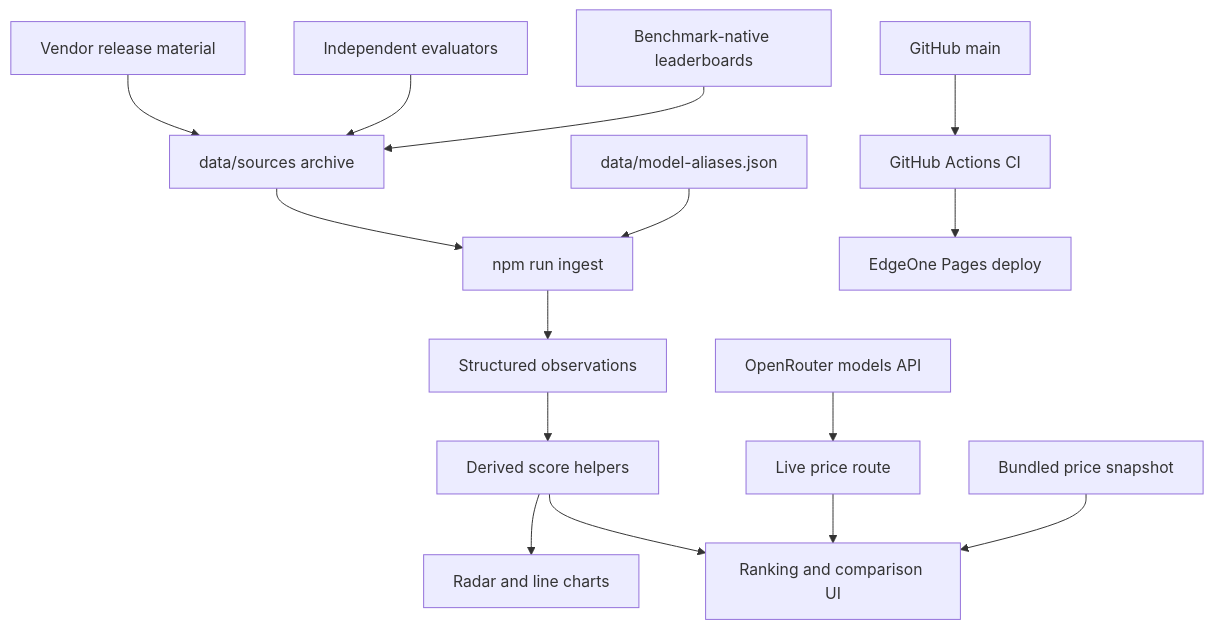
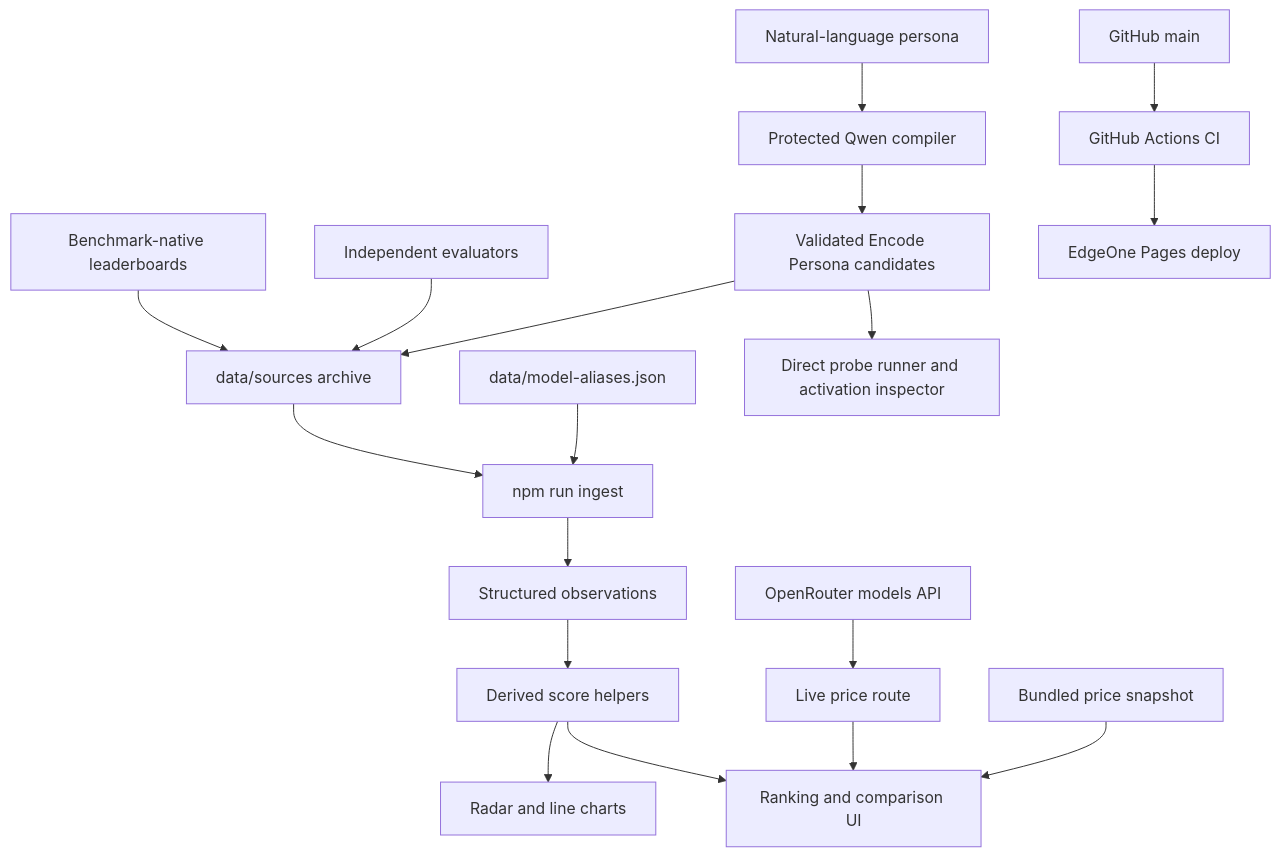
The first of 3 diagrams in docs/ARCHITECTURE.md (Quarkgluonmixture/ai-model-observatory), drawn with Mermaid before and after one commit. The commit also changed other lines of this file and 5 other files, not shown here.

````diff
--- a/docs/ARCHITECTURE.md
+++ b/docs/ARCHITECTURE.md
@@ -7,17 +7,20 @@
 ```mermaid
 flowchart TD
     A[Benchmark-native leaderboards] --> R[data/sources archive]
     B[Independent evaluators] --> R
     C[Vendor release material] --> R
     R --> N[npm run ingest]
     AL[data/model-aliases.json] --> N
     N --> D[Structured observations]
     D --> E[Derived score helpers]
     E --> F[Ranking and comparison UI]
     E --> G[Radar and line charts]
     H[OpenRouter models API] --> I[Live price route]
     I --> F
     J[Bundled price snapshot] --> F
+    P[Natural-language persona] --> Q[Protected Qwen compiler]
+    Q --> C[Validated Encode Persona candidates]
+    C --> X[Direct probe runner and activation inspector]
     K[GitHub main] --> L[GitHub Actions CI]
     L --> M[EdgeOne Pages deploy]
 ```
````
